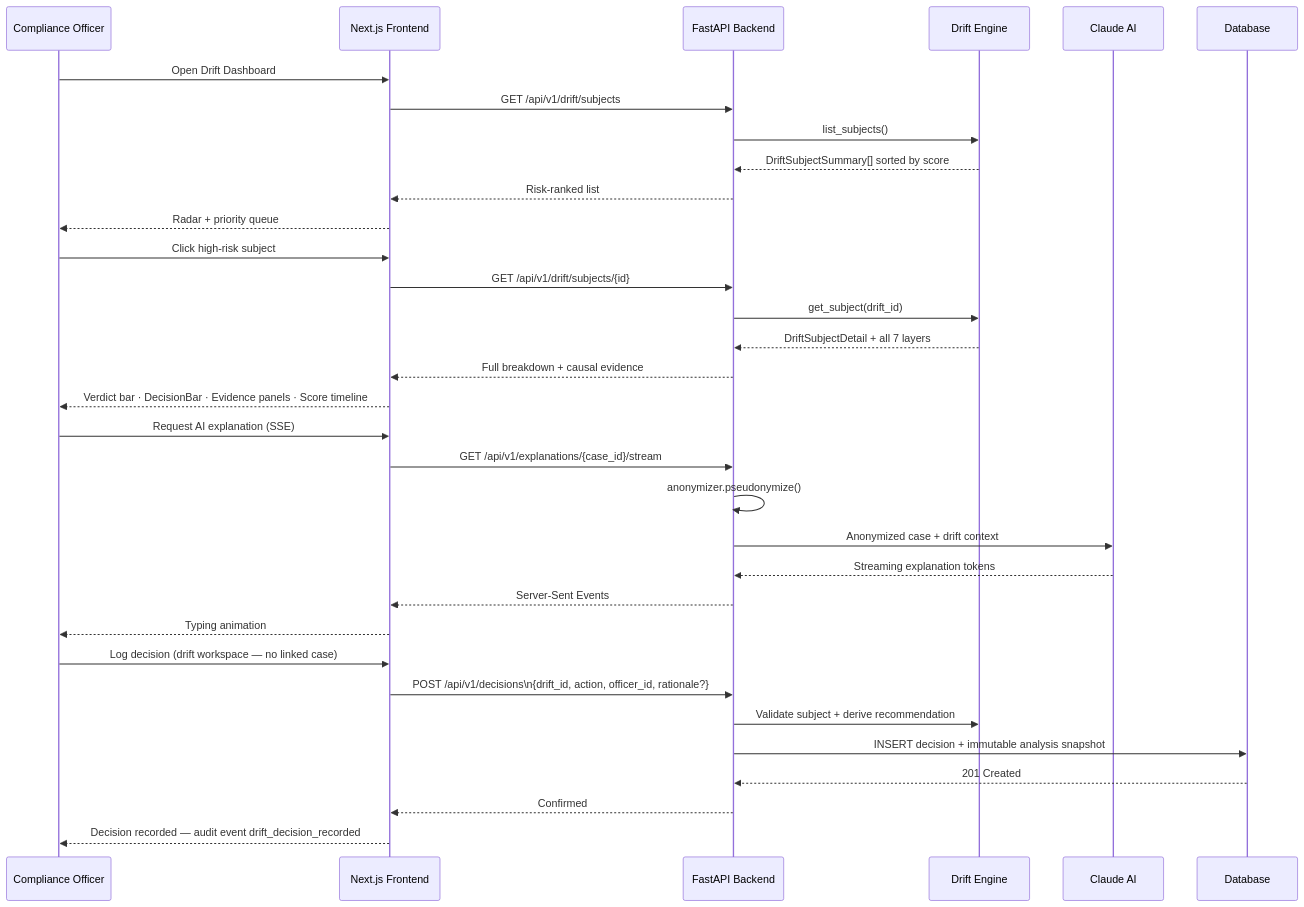
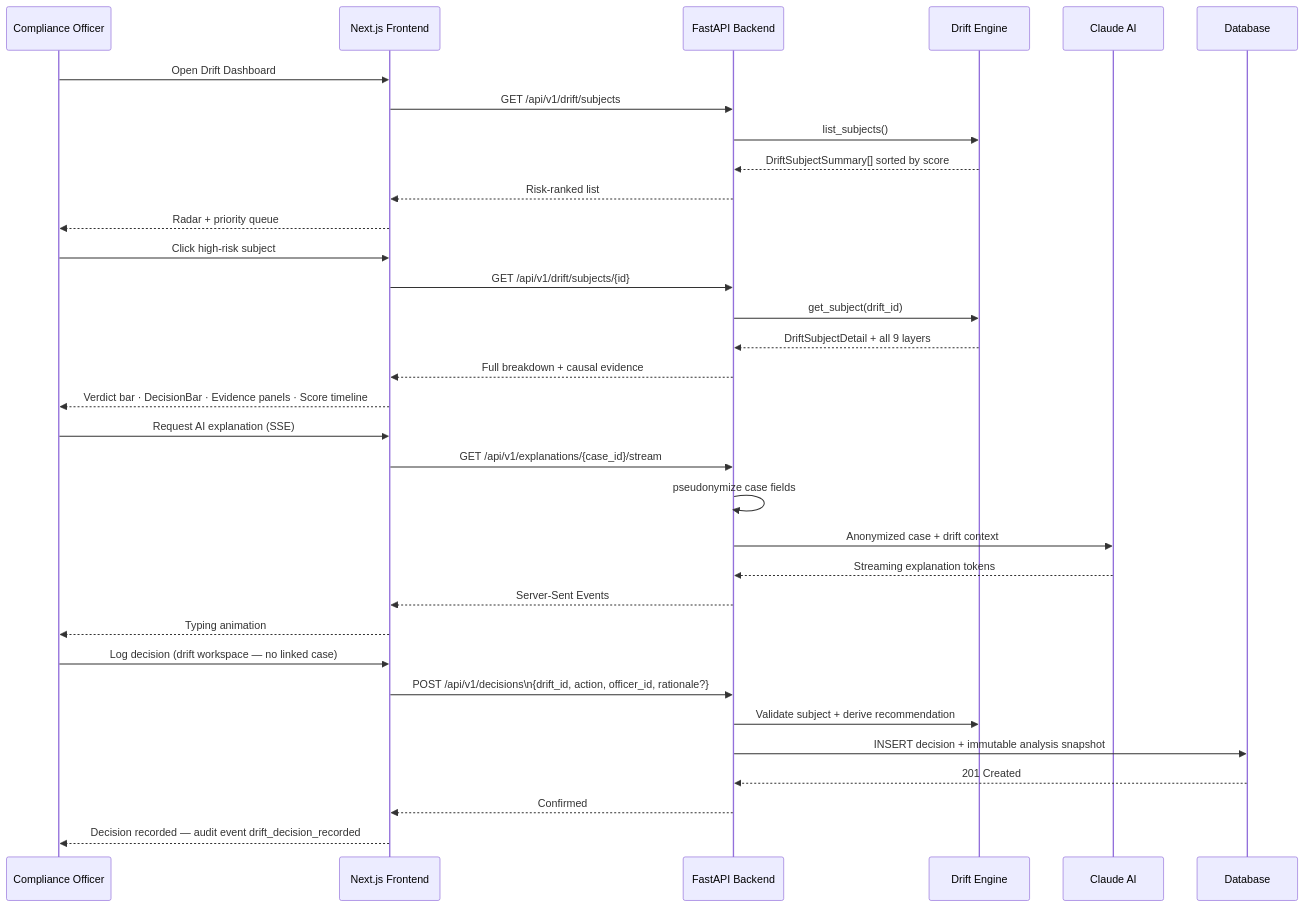
One commit to SteveDok22/Swisshacks-2026 changed the third of 6 diagrams in docs/flows.md. Above: the diagram before and after it, drawn with Mermaid. The commit also changed other lines of this file and 258 other files, not shown here.

````diff
--- a/docs/flows.md
+++ b/docs/flows.md
@@ -84,39 +86,39 @@
 ```mermaid
 sequenceDiagram
     participant O as Compliance Officer
     participant FE as Next.js Frontend
     participant API as FastAPI Backend
     participant DE as Drift Engine
     participant LLM as Claude AI
     participant DB as Database
 
     O->>FE: Open Drift Dashboard
     FE->>API: GET /api/v1/drift/subjects
     API->>DE: list_subjects()
     DE-->>API: DriftSubjectSummary[] sorted by score
     API-->>FE: Risk-ranked list
     FE-->>O: Radar + priority queue
 
     O->>FE: Click high-risk subject
     FE->>API: GET /api/v1/drift/subjects/{id}
     API->>DE: get_subject(drift_id)
-    DE-->>API: DriftSubjectDetail + all 7 layers
+    DE-->>API: DriftSubjectDetail + all 9 layers
     API-->>FE: Full breakdown + causal evidence
     FE-->>O: Verdict bar · DecisionBar · Evidence panels · Score timeline
 
     O->>FE: Request AI explanation (SSE)
     FE->>API: GET /api/v1/explanations/{case_id}/stream
-    API->>API: anonymizer.pseudonymize()
+    API->>API: pseudonymize case fields
     API->>LLM: Anonymized case + drift context
     LLM-->>API: Streaming explanation tokens
     API-->>FE: Server-Sent Events
     FE-->>O: Typing animation
 
     O->>FE: Log decision (drift workspace — no linked case)
     FE->>API: POST /api/v1/decisions\n{drift_id, action, officer_id, rationale?}
     API->>DE: Validate subject + derive recommendation
     API->>DB: INSERT decision + immutable analysis snapshot
     DB-->>API: 201 Created
     API-->>FE: Confirmed
     FE-->>O: Decision recorded — audit event drift_decision_recorded
 ```
````
